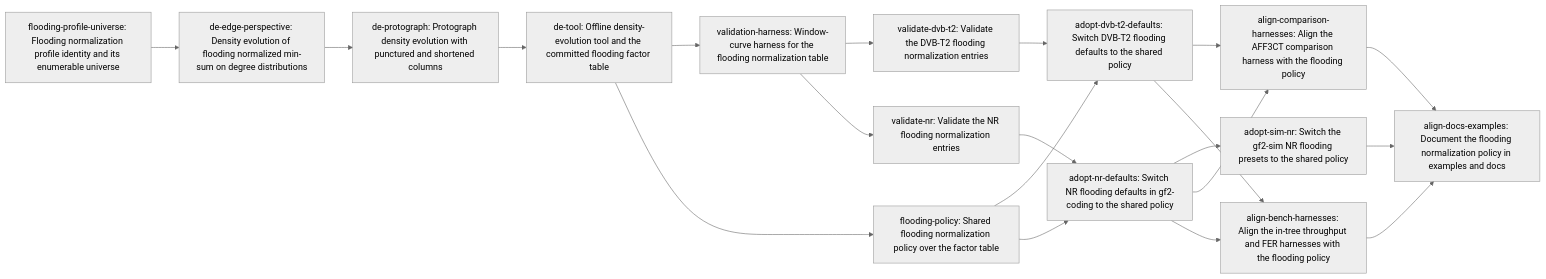
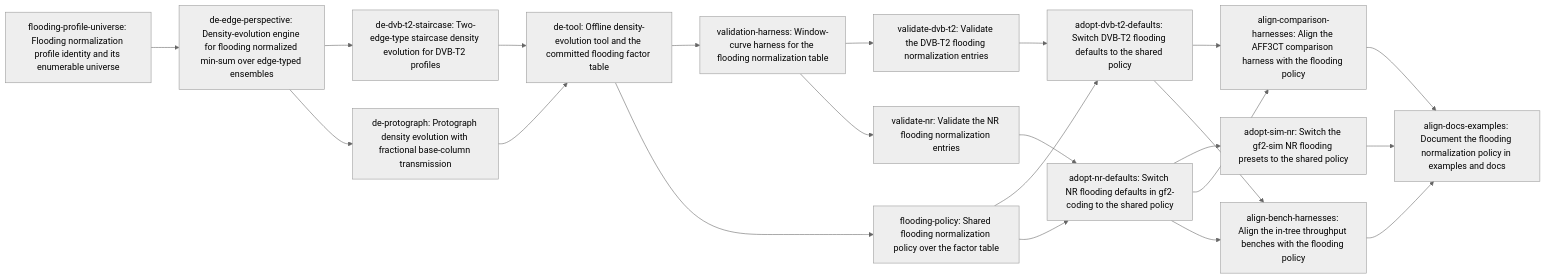
Before and after one commit to erankavija/gf2: the diagram in dev/active/d77176e5-competitive-benchmarking/plan-3461a52a.md, drawn with Mermaid (neutral theme). The commit also changed other lines of this file and 2 other files, not shown here.

First line of the commit message:
docs(jit:3461a52a): add staircase DE and one decode-path policy

````diff
--- a/dev/active/d77176e5-competitive-benchmarking/plan-3461a52a.md
+++ b/dev/active/d77176e5-competitive-benchmarking/plan-3461a52a.md
@@ -132,36 +181,39 @@
 ```mermaid
 flowchart LR
     N0["flooding-profile-universe: Flooding normalization profile identity and its enumerable universe"]
-    N1["de-edge-perspective: Density evolution of flooding normalized min-sum on degree distributions"]
-    N2["de-protograph: Protograph density evolution with punctured and shortened columns"]
-    N3["de-tool: Offline density-evolution tool and the committed flooding factor table"]
-    N4["validation-harness: Window-curve harness for the flooding normalization table"]
-    N5["validate-dvb-t2: Validate the DVB-T2 flooding normalization entries"]
-    N6["validate-nr: Validate the NR flooding normalization entries"]
-    N7["flooding-policy: Shared flooding normalization policy over the factor table"]
-    N8["adopt-dvb-t2-defaults: Switch DVB-T2 flooding defaults to the shared policy"]
-    N9["adopt-nr-defaults: Switch NR flooding defaults in gf2-coding to the shared policy"]
-    N10["adopt-sim-nr: Switch the gf2-sim NR flooding presets to the shared policy"]
-    N11["align-comparison-harnesses: Align the AFF3CT comparison harness with the flooding policy"]
-    N12["align-bench-harnesses: Align the in-tree throughput and FER harnesses with the flooding policy"]
-    N13["align-docs-examples: Document the flooding normalization policy in examples and docs"]
+    N1["de-edge-perspective: Density-evolution engine for flooding normalized min-sum over edge-typed ensembles"]
+    N2["de-dvb-t2-staircase: Two-edge-type staircase density evolution for DVB-T2 profiles"]
+    N3["de-protograph: Protograph density evolution with fractional base-column transmission"]
+    N4["de-tool: Offline density-evolution tool and the committed flooding factor table"]
+    N5["validation-harness: Window-curve harness for the flooding normalization table"]
+    N6["validate-dvb-t2: Validate the DVB-T2 flooding normalization entries"]
+    N7["validate-nr: Validate the NR flooding normalization entries"]
+    N8["flooding-policy: Shared flooding normalization policy over the factor table"]
+    N9["adopt-dvb-t2-defaults: Switch DVB-T2 flooding defaults to the shared policy"]
+    N10["adopt-nr-defaults: Switch NR flooding defaults in gf2-coding to the shared policy"]
+    N11["adopt-sim-nr: Switch the gf2-sim NR flooding presets to the shared policy"]
+    N12["align-comparison-harnesses: Align the AFF3CT comparison harness with the flooding policy"]
+    N13["align-bench-harnesses: Align the in-tree throughput benches with the flooding policy"]
+    N14["align-docs-examples: Document the flooding normalization policy in examples and docs"]
     N0 --> N1
     N1 --> N2
-    N2 --> N3
+    N1 --> N3
+    N2 --> N4
     N3 --> N4
     N4 --> N5
-    N4 --> N6
-    N3 --> N7
-    N7 --> N8
-    N5 --> N8
-    N7 --> N9
+    N5 --> N6
+    N5 --> N7
+    N4 --> N8
+    N8 --> N9
     N6 --> N9
-    N9 --> N10
-    N8 --> N11
-    N9 --> N11
-    N8 --> N12
+    N8 --> N10
+    N7 --> N10
+    N10 --> N11
     N9 --> N12
+    N10 --> N12
+    N9 --> N13
     N10 --> N13
-    N11 --> N13
-    N12 --> N13
+    N11 --> N14
+    N12 --> N14
+    N13 --> N14
 ```
````
